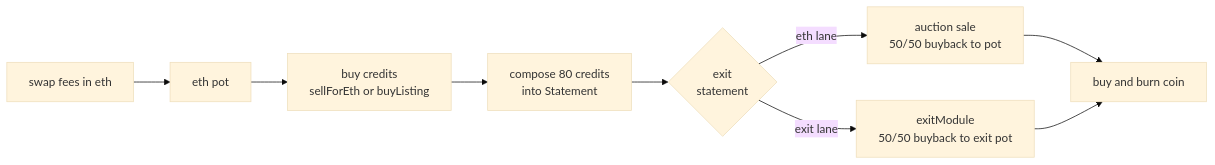
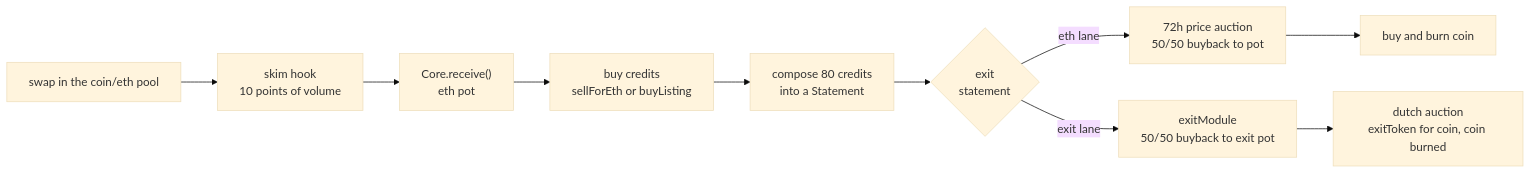
The diagram in README.md (ripe0x/cc), drawn with Mermaid (base theme) before and after one commit. The commit also changed other lines of this file and 13 other files, not shown here.

First line of the commit message:
exit auction: 6 hour half life and quarter floor restart; rewrite docs for the artcoins port

````diff
--- a/README.md
+++ b/README.md
@@ -17,20 +22,23 @@
 ```mermaid
 graph LR
-    swap["swap fees in eth"]
-    pot["eth pot"]
+    swap["swap in the coin/eth pool"]
+    hook["skim hook<br/>10 points of volume"]
+    pot["Core.receive()<br/>eth pot"]
     buy["buy credits<br/>sellForEth or buyListing"]
-    compose["compose 80 credits<br/>into Statement"]
+    compose["compose 80 credits<br/>into a Statement"]
     exit{"exit<br/>statement"}
-    auction["auction sale<br/>50/50 buyback to pot"]
+    auction["72h price auction<br/>50/50 buyback to pot"]
     module["exitModule<br/>50/50 buyback to exit pot"]
     burn["buy and burn coin"]
-    
-    swap --> pot
+    dutch["dutch auction<br/>exitToken for coin, coin burned"]
+
+    swap --> hook
+    hook --> pot
     pot --> buy
     buy --> compose
     compose --> exit
     exit -->|eth lane| auction
     exit -->|exit lane| module
     auction --> burn
-    module --> burn
+    module --> dutch
 ```
````
